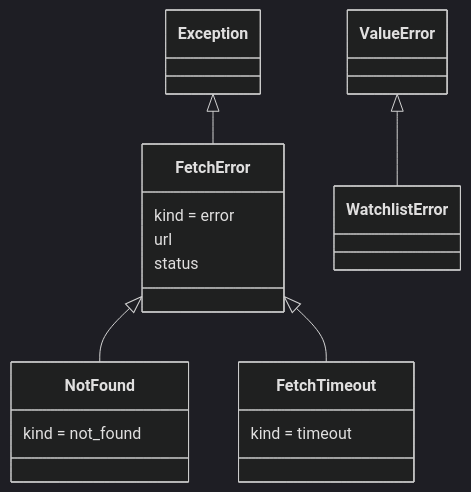
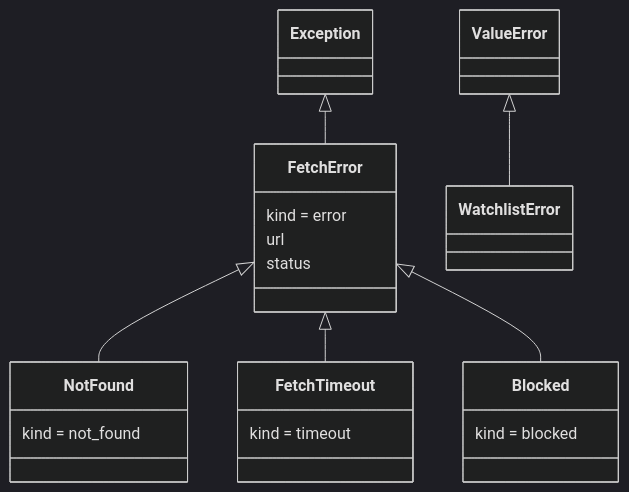
The seventh of 7 diagrams in docs/architecture.md (HakujouRyu/jobboard-mcp), drawn with Mermaid (dark theme) before and after one commit. The commit also changed other lines of this file and 9 other files, not shown here.

````diff
--- a/docs/architecture.md
+++ b/docs/architecture.md
@@ -331,18 +352,22 @@
 ```mermaid
 classDiagram
     Exception <|-- FetchError
     FetchError <|-- NotFound
     FetchError <|-- FetchTimeout
+    FetchError <|-- Blocked
     ValueError <|-- WatchlistError
     class FetchError {
         kind = error
         url
         status
     }
     class NotFound {
         kind = not_found
     }
     class FetchTimeout {
         kind = timeout
     }
+    class Blocked {
+        kind = blocked
+    }
 ```
````
